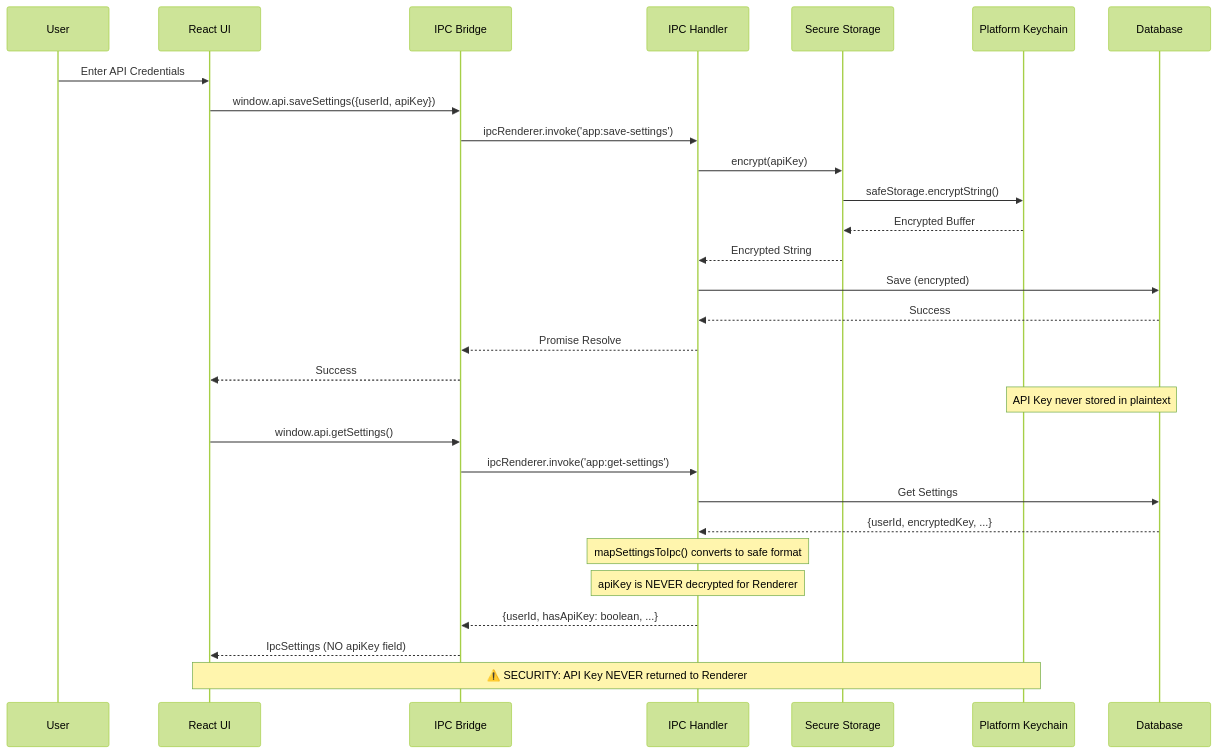
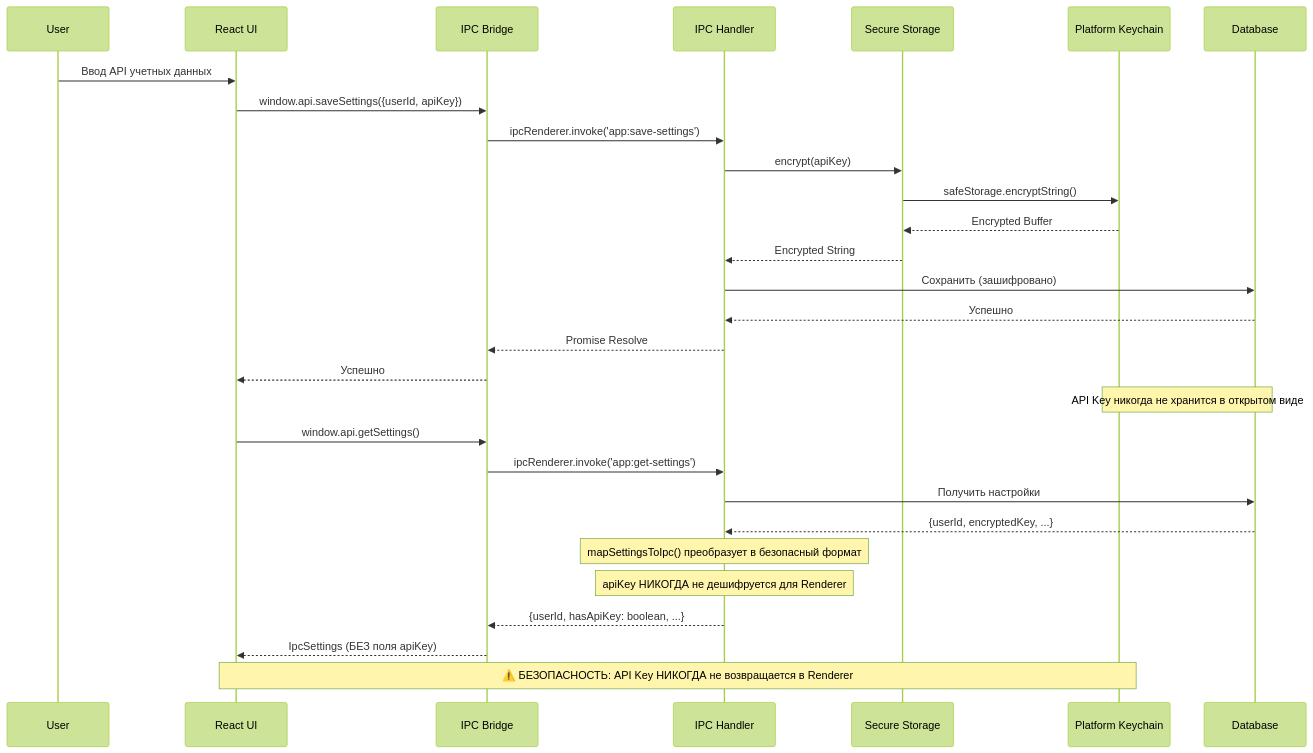
Before and after one commit to KazeKaze93/RuleDesk: the sixth of 11 diagrams in .docs-i18n/ru/docs/architecture.md, drawn with Mermaid (forest theme). The commit also changed other lines of this file and 10 other files, not shown here.

````diff
--- a/.docs-i18n/ru/docs/architecture.md
+++ b/.docs-i18n/ru/docs/architecture.md
@@ -745,35 +766,35 @@
 ```mermaid
 sequenceDiagram
     participant User
     participant ReactUI as React UI
     participant Bridge as IPC Bridge
     participant IPC as IPC Handler
     participant SecureStorage as Secure Storage
     participant Keychain as Platform Keychain
     participant DB as Database
 
-    User->>ReactUI: Enter API Credentials
+    User->>ReactUI: Ввод API учетных данных
     ReactUI->>Bridge: window.api.saveSettings({userId, apiKey})
     Bridge->>IPC: ipcRenderer.invoke('app:save-settings')
     IPC->>SecureStorage: encrypt(apiKey)
     SecureStorage->>Keychain: safeStorage.encryptString()
     Keychain-->>SecureStorage: Encrypted Buffer
     SecureStorage-->>IPC: Encrypted String
-    IPC->>DB: Save (encrypted)
-    DB-->>IPC: Success
+    IPC->>DB: Сохранить (зашифровано)
+    DB-->>IPC: Успешно
     IPC-->>Bridge: Promise Resolve
-    Bridge-->>ReactUI: Success
+    Bridge-->>ReactUI: Успешно
 
-    Note over DB,Keychain: API Key never stored in plaintext
+    Note over DB,Keychain: API Key никогда не хранится в открытом виде
 
     ReactUI->>Bridge: window.api.getSettings()
     Bridge->>IPC: ipcRenderer.invoke('app:get-settings')
-    IPC->>DB: Get Settings
+    IPC->>DB: Получить настройки
     DB-->>IPC: {userId, encryptedKey, ...}
-    Note over IPC: mapSettingsToIpc() converts to safe format
-    Note over IPC: apiKey is NEVER decrypted for Renderer
+    Note over IPC: mapSettingsToIpc() преобразует в безопасный формат
+    Note over IPC: apiKey НИКОГДА не дешифруется для Renderer
     IPC-->>Bridge: {userId, hasApiKey: boolean, ...}
-    Bridge-->>ReactUI: IpcSettings (NO apiKey field)
+    Bridge-->>ReactUI: IpcSettings (БЕЗ поля apiKey)
 
-    Note over ReactUI,Keychain: ⚠️ SECURITY: API Key NEVER returned to Renderer
+    Note over ReactUI,Keychain: ⚠️ БЕЗОПАСНОСТЬ: API Key НИКОГДА не возвращается в Renderer
 ```
````
